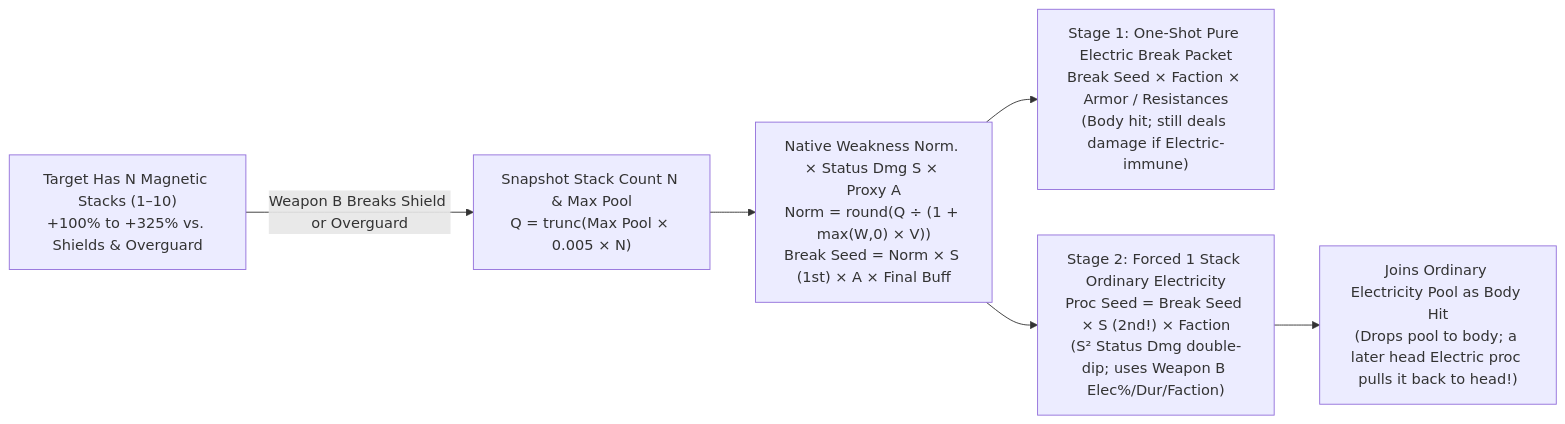
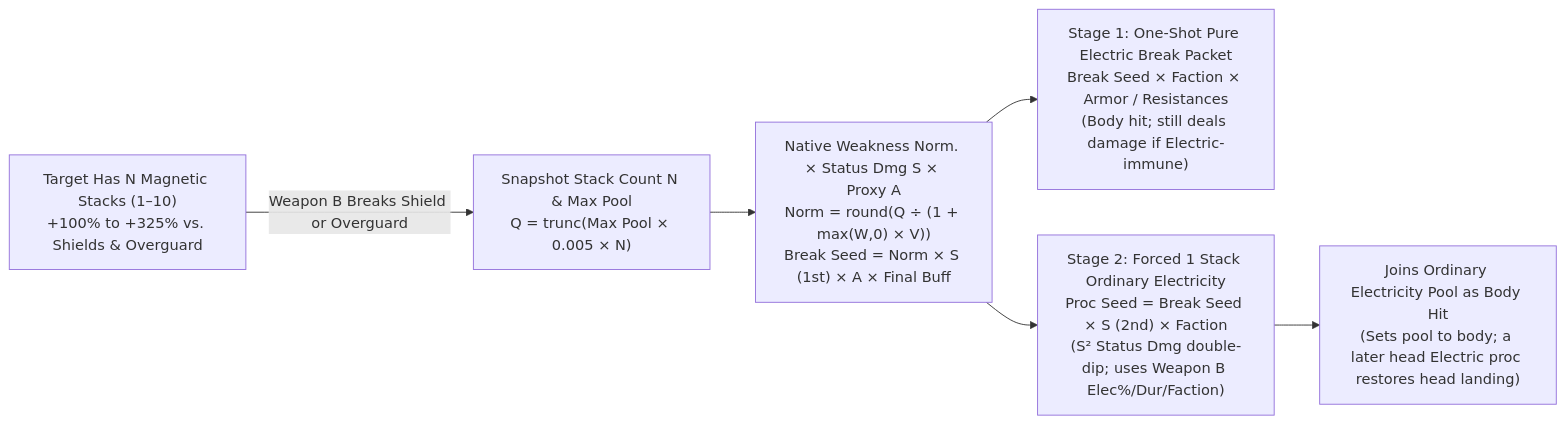
Before and after one commit to magenie33/wfsim: the second of 2 diagrams in docs/mechanics/en/magnetic-electricity.md, drawn with Mermaid. The commit also changed other lines of this file and 7 other files, not shown here.

````diff
--- a/docs/mechanics/en/magnetic-electricity.md
+++ b/docs/mechanics/en/magnetic-electricity.md
@@ -121,8 +121,8 @@
 ```mermaid
 flowchart LR
     A["Target Has N Magnetic Stacks (1–10)<br/>+100% to +325% vs. Shields & Overguard"] -->|"Weapon B Breaks Shield or Overguard"| B["Snapshot Stack Count N & Max Pool<br/>Q = trunc(Max Pool × 0.005 × N)"]
     B --> C["Native Weakness Norm. × Status Dmg S × Proxy A<br/>Norm = round(Q ÷ (1 + max(W,0) × V))<br/>Break Seed = Norm × S (1st) × A × Final Buff"]
     C --> D1["Stage 1: One-Shot Pure Electric Break Packet<br/>Break Seed × Faction × Armor / Resistances<br/>(Body hit; still deals damage if Electric-immune)"]
-    C --> D2["Stage 2: Forced 1 Stack Ordinary Electricity<br/>Proc Seed = Break Seed × S (2nd!) × Faction<br/>(S² Status Dmg double-dip; uses Weapon B Elec%/Dur/Faction)"]
-    D2 --> E["Joins Ordinary Electricity Pool as Body Hit<br/>(Drops pool to body; a later head Electric proc pulls it back to head!)"]
+    C --> D2["Stage 2: Forced 1 Stack Ordinary Electricity<br/>Proc Seed = Break Seed × S (2nd) × Faction<br/>(S² Status Dmg double-dip; uses Weapon B Elec%/Dur/Faction)"]
+    D2 --> E["Joins Ordinary Electricity Pool as Body Hit<br/>(Sets pool to body; a later head Electric proc restores head landing)"]
 ```
````
